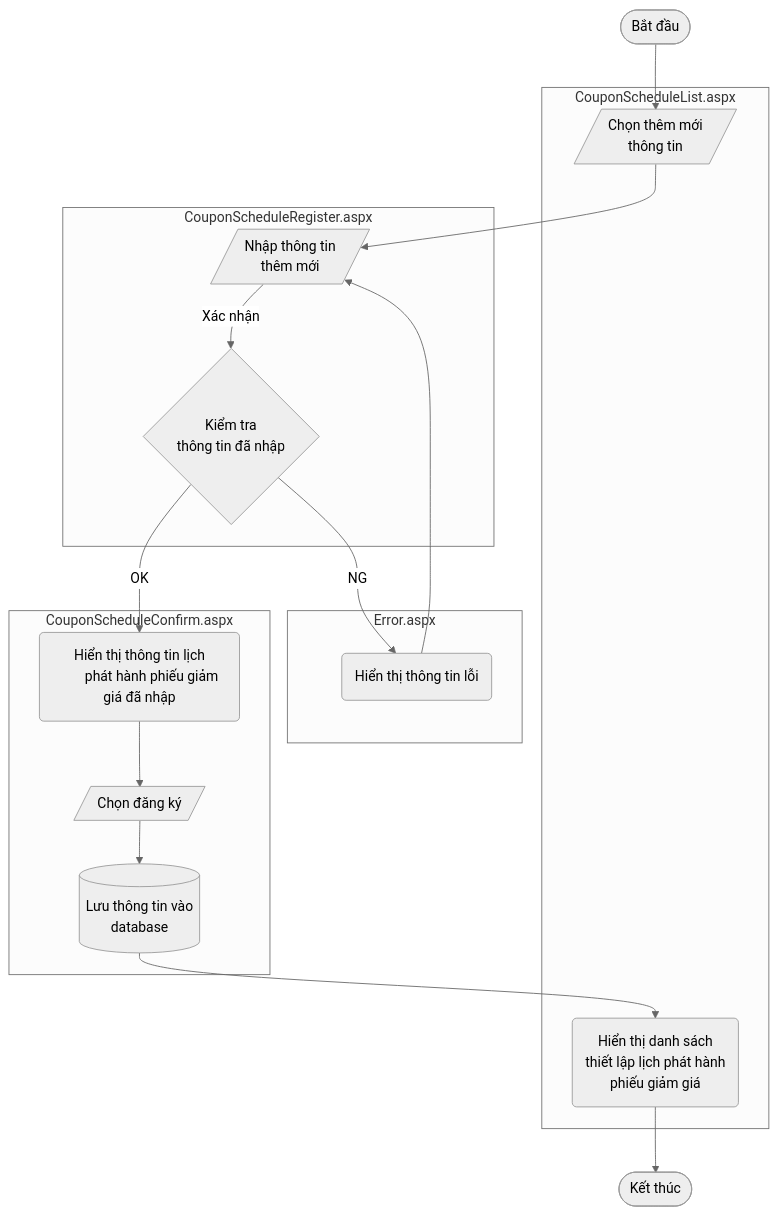
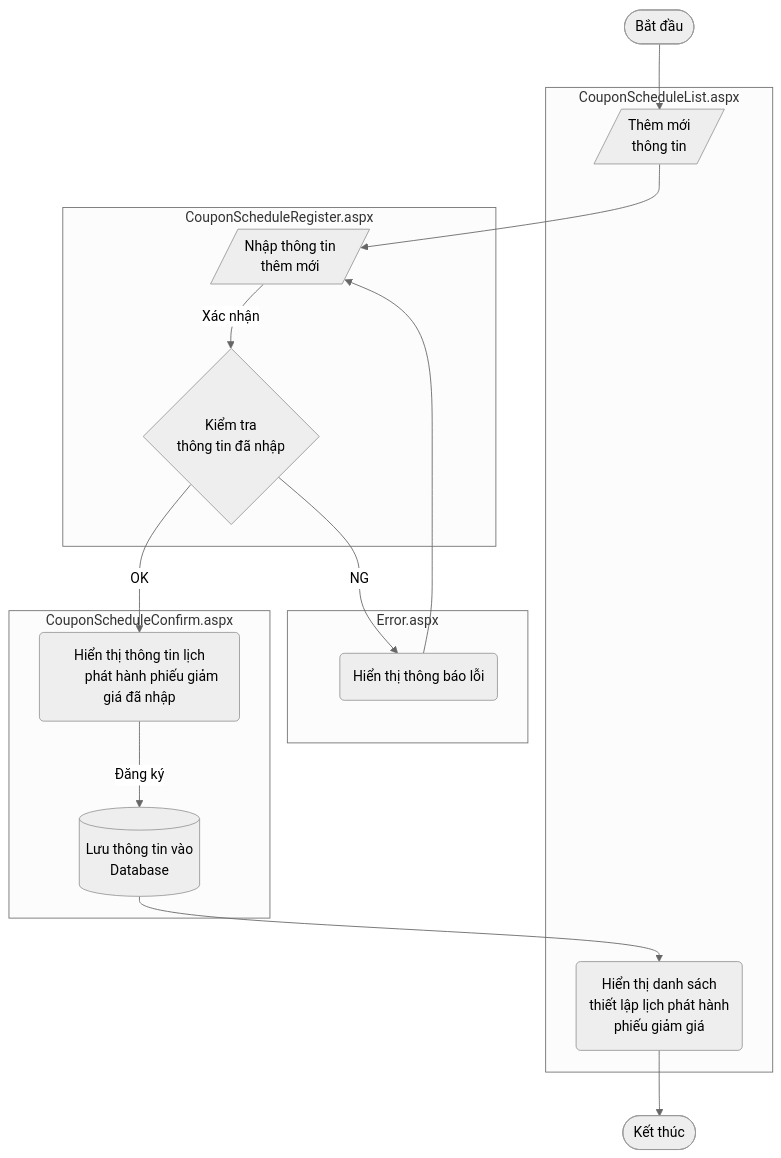
The diagram in README.md (nghiemchibao01/doc), drawn with Mermaid (neutral theme) before and after one commit.

````diff
--- a/README.md
+++ b/README.md
@@ -1,40 +1,37 @@
 ```mermaid
 flowchart TB
 
   subgraph CouponScheduleList.aspx
     A
     H
   end
 
   subgraph CouponScheduleRegister.aspx
     B
     C
   end
 
   subgraph Error.aspx
     D
   end
 
   subgraph CouponScheduleConfirm.aspx
     E
     F
-    G
   end
 
-  Start([Bắt đầu]) --> A[/Chọn thêm mới\n thông tin/]
+  Start([Bắt đầu]) --> A[/Thêm mới\n thông tin/]
     A --> B[/Nhập thông tin\n thêm mới/]
     B --> |Xác nhận| C{"Kiểm tra
         thông tin đã nhập"}
     C --> |OK| E("Hiển thị thông tin lịch
         phát hành phiếu giảm giá đã nhập")
-    C --> |NG| D(Hiển thị thông tin lỗi)
+    C --> |NG| D(Hiển thị thông báo lỗi)
     D --> B
-    E --> F[/"Chọn đăng ký"/]
-    F --> G[("Lưu thông tin vào
-        database")]
-    G --> H("Hiển thị danh sách
+    E --> |Đăng ký| F[("Lưu thông tin vào\n Database")]
+    F --> H("Hiển thị danh sách
         thiết lập lịch phát hành
         phiếu giảm giá")
     H --> End([Kết thúc])
   
 ```
````
